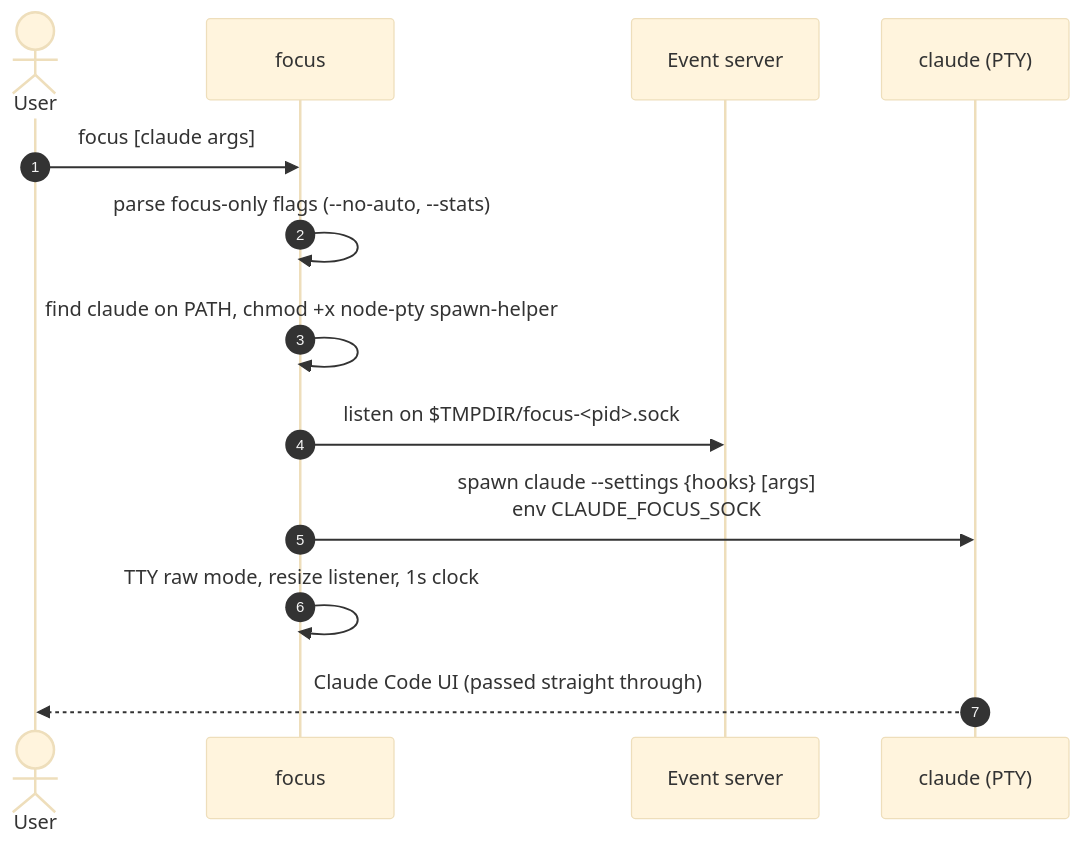
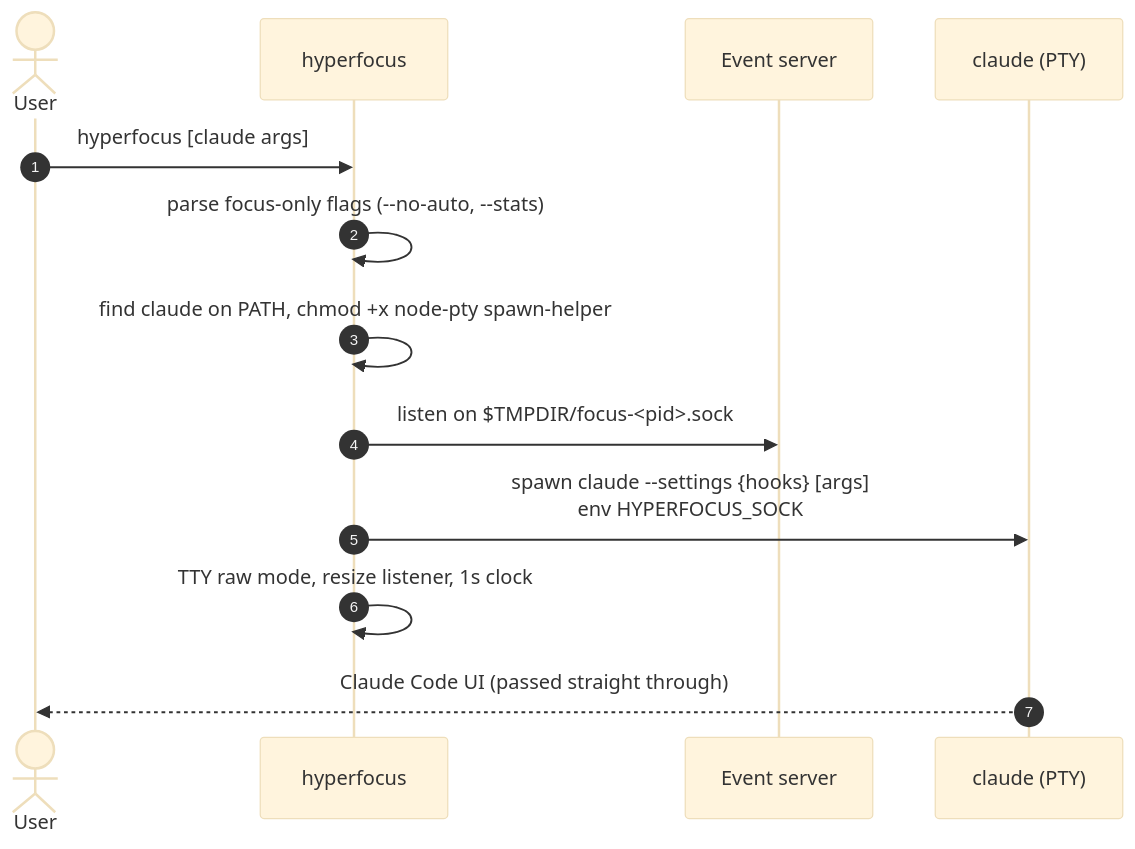
Before and after one commit to TEJASVISJAIN/hyperfocus: the fourth of 11 diagrams in docs/ARCHITECTURE.md, drawn with Mermaid (base theme). The commit also changed other lines of this file and 26 other files, not shown here.

````diff
--- a/docs/ARCHITECTURE.md
+++ b/docs/ARCHITECTURE.md
@@ -174,16 +174,16 @@
 ```mermaid
 sequenceDiagram
     autonumber
     actor U as User
-    participant F as focus
+    participant F as hyperfocus
     participant S as Event server
     participant C as claude (PTY)
 
-    U->>F: focus [claude args]
+    U->>F: hyperfocus [claude args]
     F->>F: parse focus-only flags (--no-auto, --stats)
     F->>F: find claude on PATH, chmod +x node-pty spawn-helper
     F->>S: listen on $TMPDIR/focus-<pid>.sock
-    F->>C: spawn claude --settings {hooks} [args]<br/>env CLAUDE_FOCUS_SOCK
+    F->>C: spawn claude --settings {hooks} [args]<br/>env HYPERFOCUS_SOCK
     F->>F: TTY raw mode, resize listener, 1s clock
     C-->>U: Claude Code UI (passed straight through)
 ```
````
